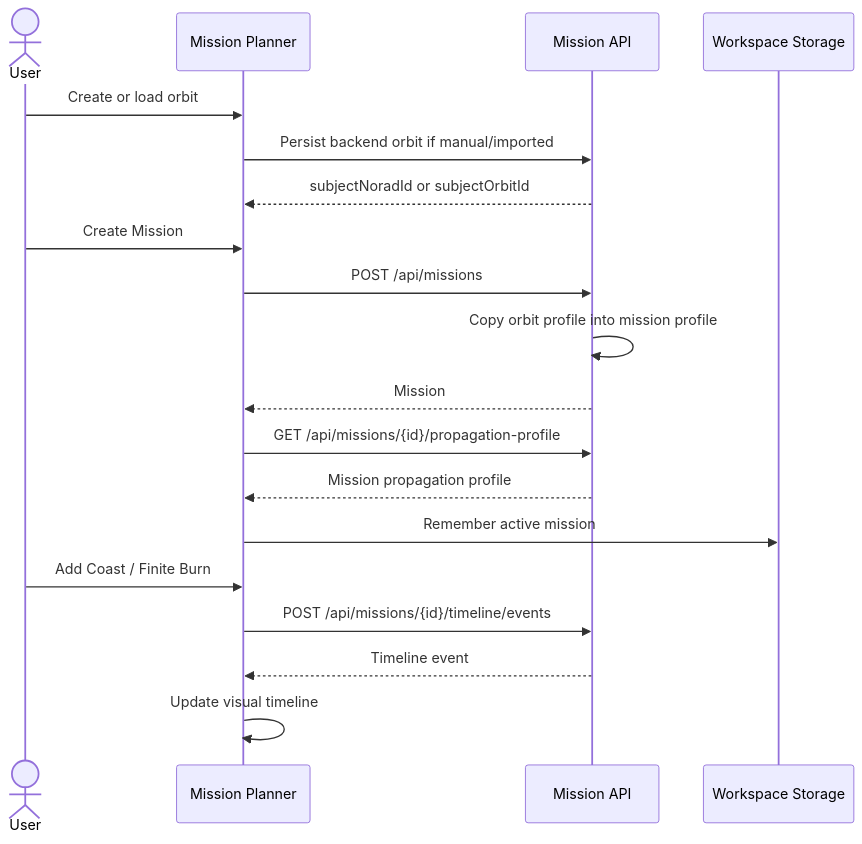
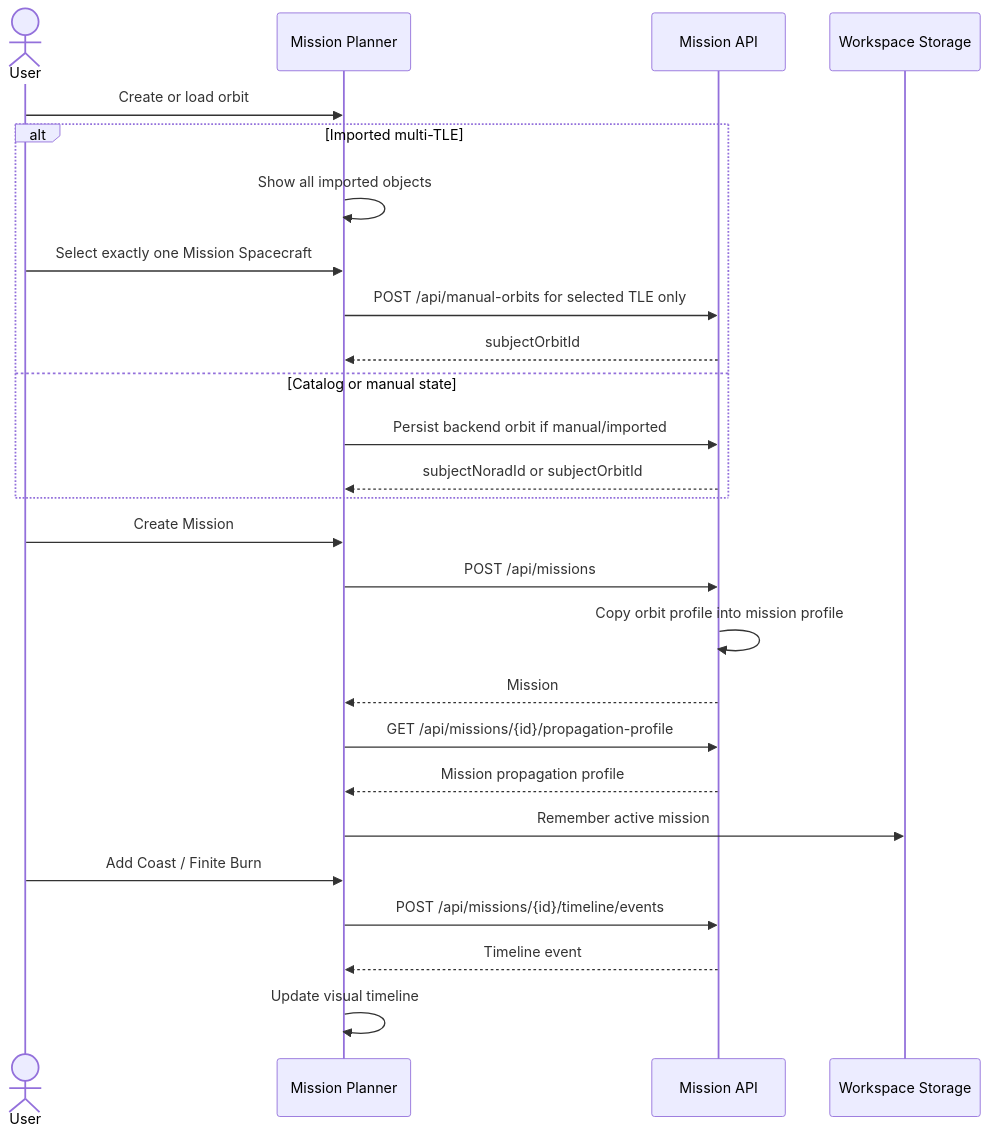
The sixth of 8 diagrams in README.md (MadhuSaini22/orbital-visualization-engine), drawn with Mermaid before and after one commit. The commit also changed other lines of this file and 1 other file, not shown here.

First line of the commit message:
feat(mission-planner): add mission spacecraft workflow and propagator-aware mission configuration

````diff
--- a/README.md
+++ b/README.md
@@ -169,22 +218,29 @@
 ```mermaid
 sequenceDiagram
   actor User
   participant UI as Mission Planner
   participant API as Mission API
   participant Store as Workspace Storage
 
   User->>UI: Create or load orbit
-  UI->>API: Persist backend orbit if manual/imported
-  API-->>UI: subjectNoradId or subjectOrbitId
+  alt Imported multi-TLE
+    UI->>UI: Show all imported objects
+    User->>UI: Select exactly one Mission Spacecraft
+    UI->>API: POST /api/manual-orbits for selected TLE only
+    API-->>UI: subjectOrbitId
+  else Catalog or manual state
+    UI->>API: Persist backend orbit if manual/imported
+    API-->>UI: subjectNoradId or subjectOrbitId
+  end
   User->>UI: Create Mission
   UI->>API: POST /api/missions
   API->>API: Copy orbit profile into mission profile
   API-->>UI: Mission
   UI->>API: GET /api/missions/{id}/propagation-profile
   API-->>UI: Mission propagation profile
   UI->>Store: Remember active mission
   User->>UI: Add Coast / Finite Burn
   UI->>API: POST /api/missions/{id}/timeline/events
   API-->>UI: Timeline event
   UI->>UI: Update visual timeline
 ```
````
